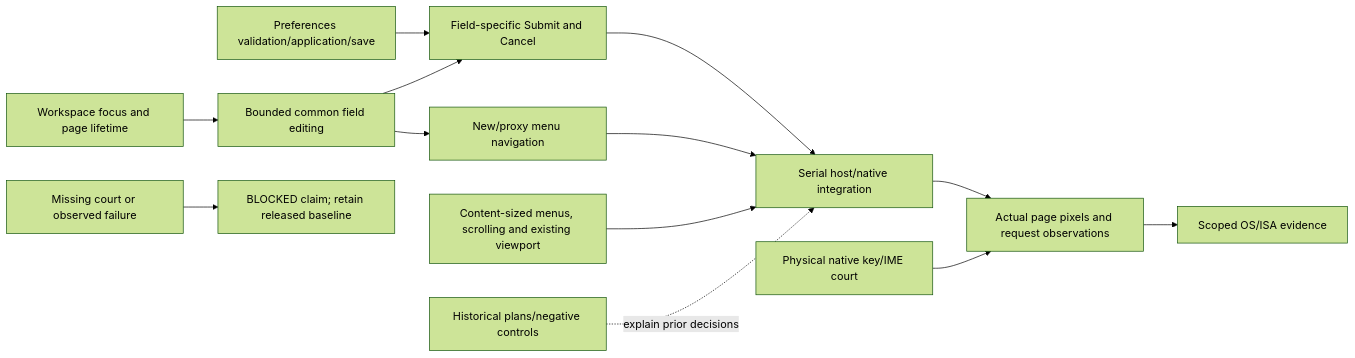
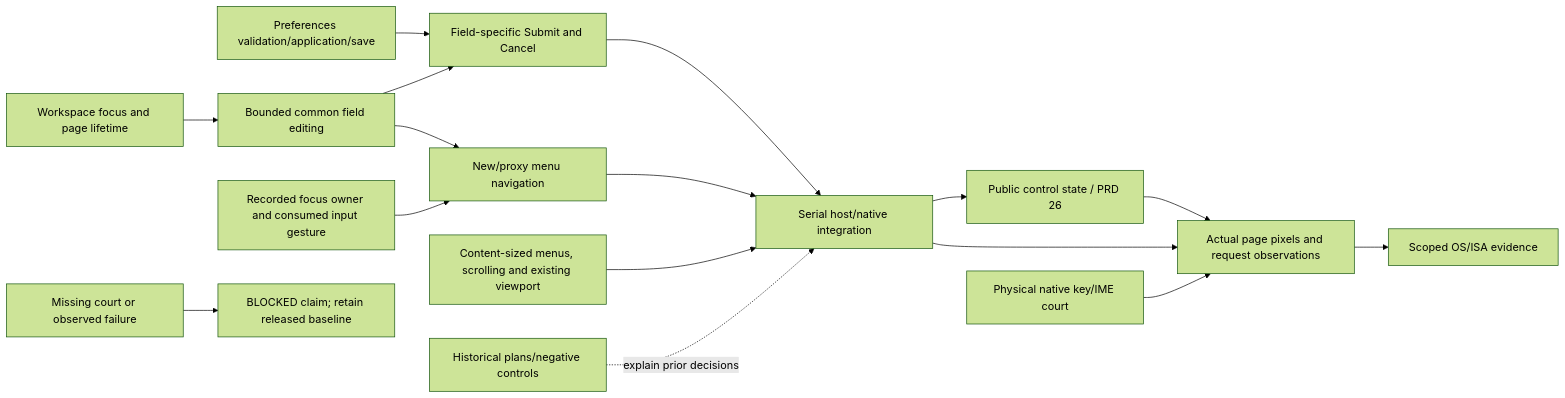
The diagram in prd/PRD_02_25_02_browser_controls.md (partnernetsoftware/minicon), drawn with Mermaid (forest theme) before and after one commit. The commit also changed other lines of this file and 2 other files, not shown here.

Commit message:
Refine v0.2.23 control contracts and delivery plan

````diff
--- a/prd/PRD_02_25_02_browser_controls.md
+++ b/prd/PRD_02_25_02_browser_controls.md
@@ -42,15 +42,18 @@
 ```mermaid
 flowchart LR
     W[Workspace focus and page lifetime] --> E[Bounded common field editing]
     P[Preferences validation/application/save] --> A[Field-specific Submit and Cancel]
     E --> A
     E --> M[New/proxy menu navigation]
+    F[Recorded focus owner and consumed input gesture] --> M
     A --> I[Serial host/native integration]
     M --> I
     L[Content-sized menus, scrolling and existing viewport] --> I
+    I --> S[Public control state / PRD 26]
+    S --> N
     I --> N[Actual page pixels and request observations]
     K[Physical native key/IME court] --> N
     N --> Q[Scoped OS/ISA evidence]
     X[Missing court or observed failure] --> B[BLOCKED claim; retain released baseline]
     H[Historical plans/negative controls] -. explain prior decisions .-> I
 ```
````
